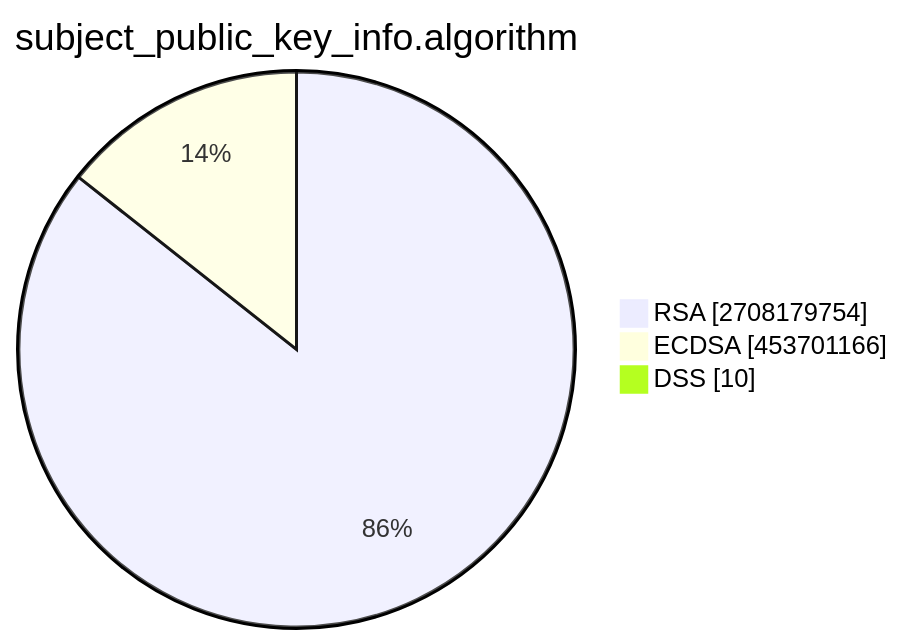
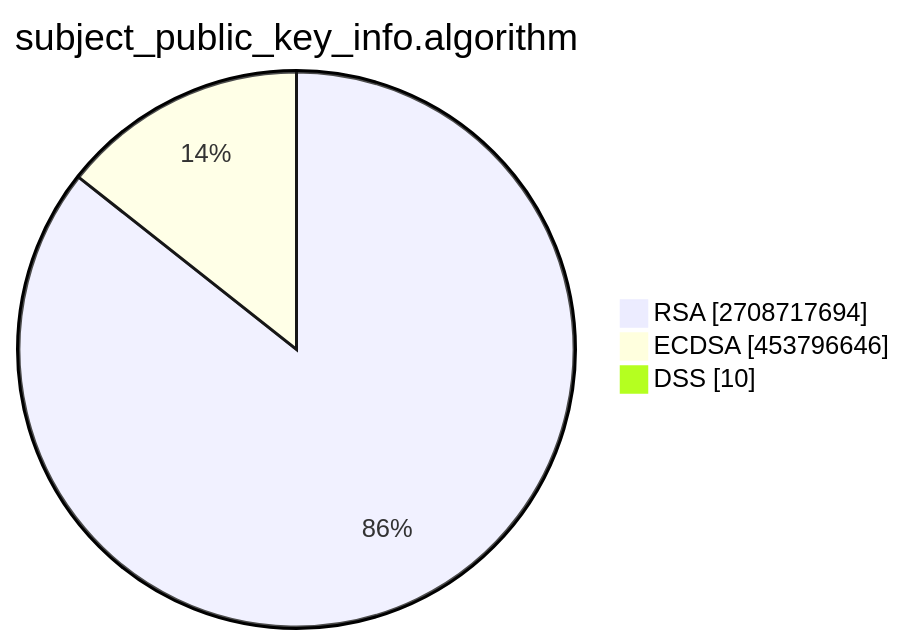
One commit to christiankrug/ctmonitor_visualization changed the second of 15 diagrams in TOTAL/README.md. Above: the diagram before and after it, drawn with Mermaid. The commit also changed other lines of this file, not shown here.

````diff
--- a/TOTAL/README.md
+++ b/TOTAL/README.md
@@ -6,7 +6,7 @@
 ```mermaid
 pie showData
 title subject_public_key_info.algorithm
-"RSA" :2708179754
-"ECDSA" :453701166
+"RSA" :2708717694
+"ECDSA" :453796646
 "DSS" :10
 ```
````
